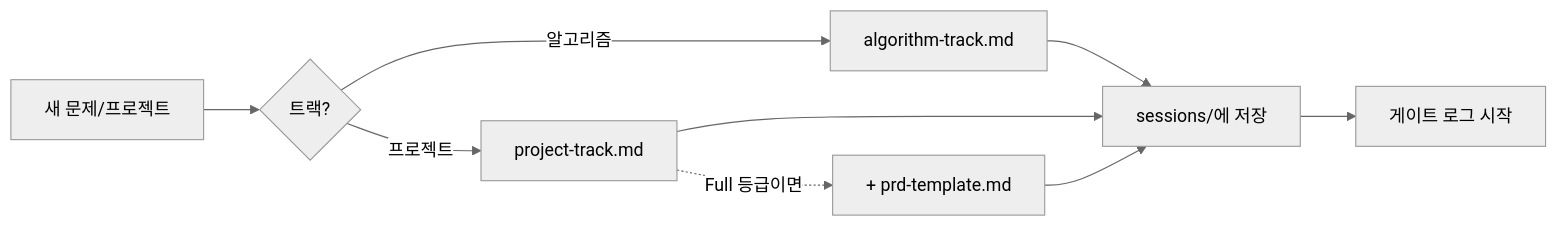
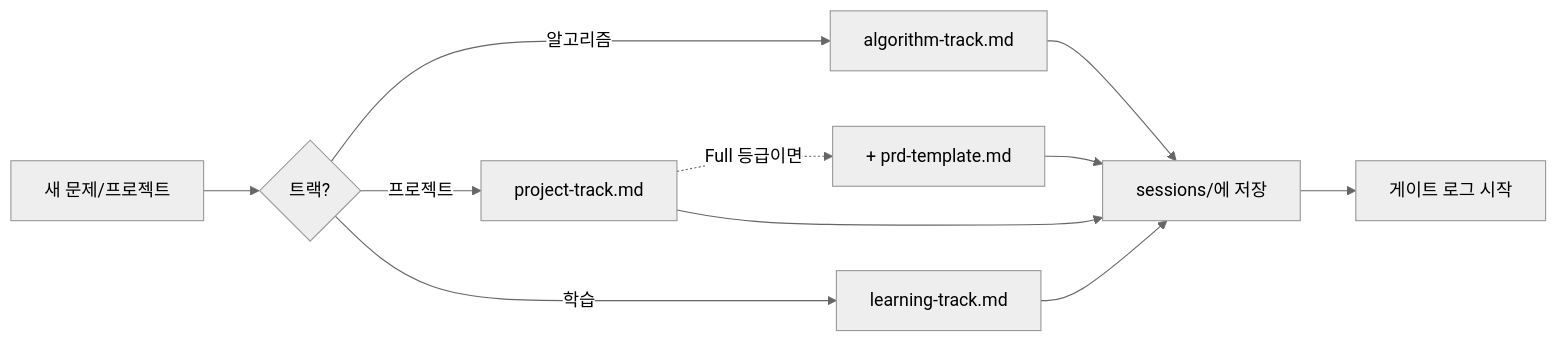
The diagram in docs/01-problem-save/README.md (gamercross/my-dev-process), drawn with Mermaid (neutral theme) before and after one commit. The commit also changed other lines of this file and 8 other files, not shown here.

````diff
--- a/docs/01-problem-save/README.md
+++ b/docs/01-problem-save/README.md
@@ -7,11 +7,13 @@
 ```mermaid
 flowchart LR
     A[새 문제/프로젝트] --> B{트랙?}
     B -->|알고리즘| C[algorithm-track.md]
     B -->|프로젝트| D[project-track.md]
+    B -->|학습| H[learning-track.md]
     D -.Full 등급이면.-> E[+ prd-template.md]
     C --> F[sessions/에 저장]
     D --> F
+    H --> F
     E --> F
     F --> G[게이트 로그 시작]
 ```
````
